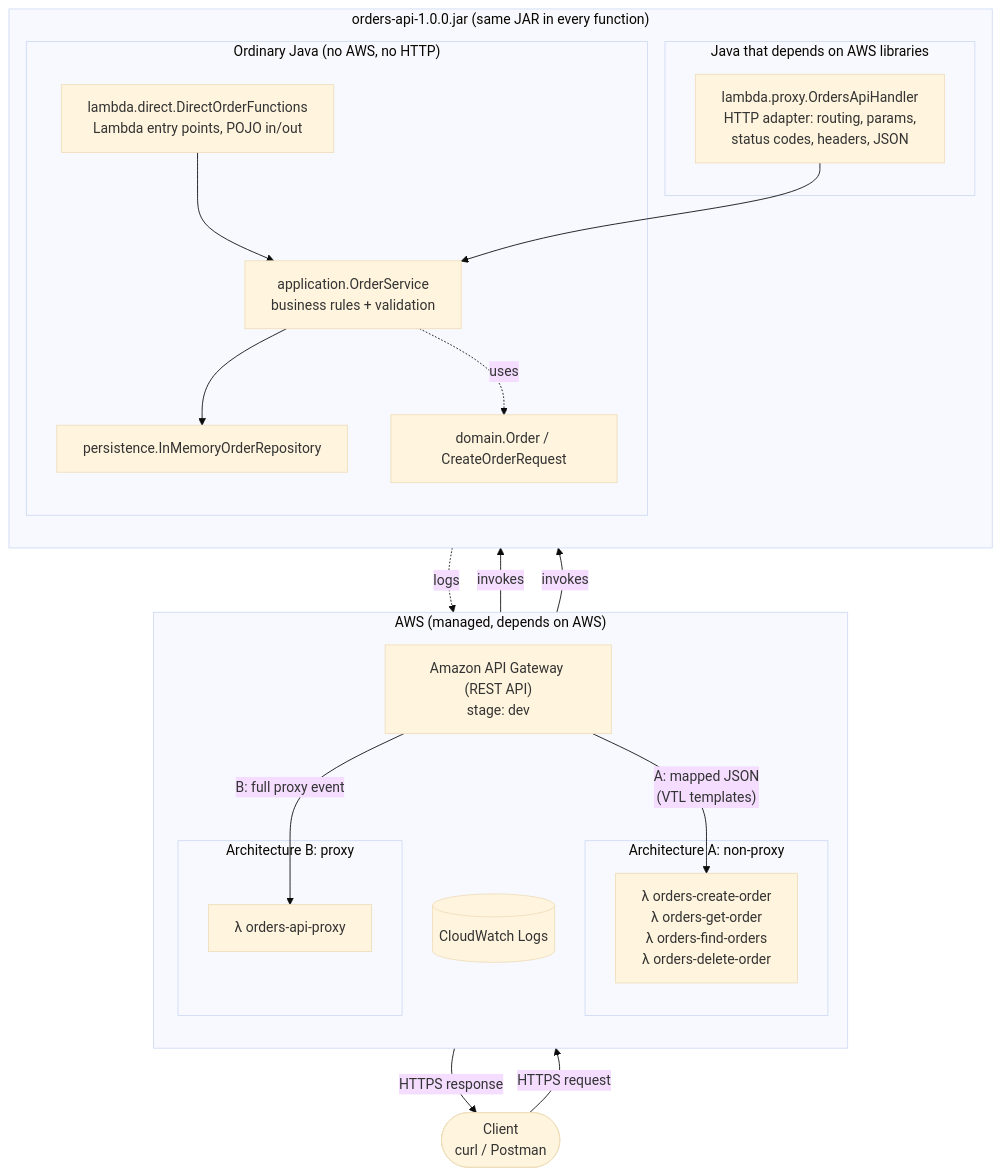
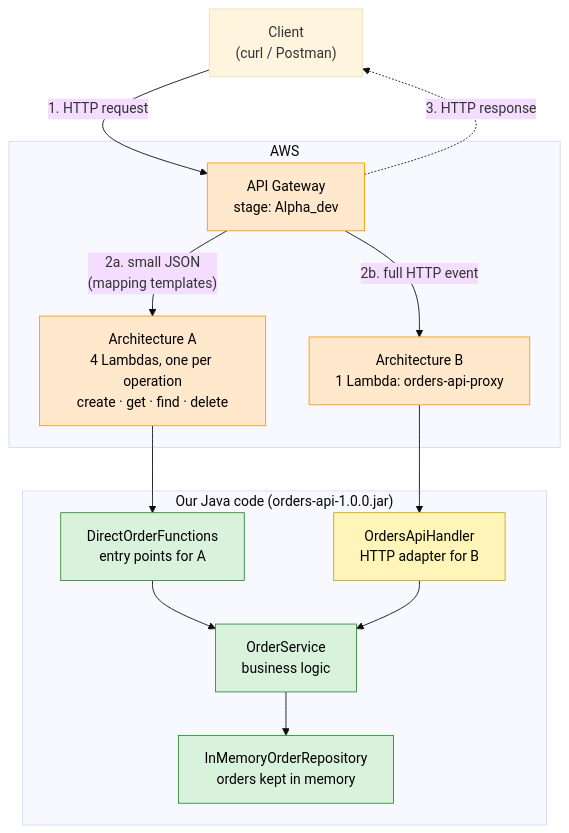
The fourth of 4 diagrams in README.md (Valentina-33/orders-api), drawn with Mermaid (base theme) before and after one commit. The commit also changed other lines of this file and 6 other files, not shown here.

Commit message:
Make the diagram simpler and rename the stage to Alpha_dev

````diff
--- a/README.md
+++ b/README.md
@@ -537,41 +537,34 @@
 ```mermaid
 flowchart TB
-    Client(["Client<br/>curl / Postman"])
+    Client["Client<br/>(curl / Postman)"]
 
-    subgraph AWS["AWS (managed, depends on AWS)"]
-        direction TB
-        GW["Amazon API Gateway (REST API)<br/>stage: dev"]
-        subgraph A["Architecture A: non-proxy"]
-            LA["λ orders-create-order<br/>λ orders-get-order<br/>λ orders-find-orders<br/>λ orders-delete-order"]
-        end
-        subgraph B["Architecture B: proxy"]
-            LB["λ orders-api-proxy"]
-        end
-        CW[("CloudWatch Logs")]
+    subgraph AWS["AWS"]
+        GW["API Gateway<br/>stage: Alpha_dev"]
+        LA["Architecture A<br/>4 Lambdas, one per operation<br/>create · get · find · delete"]
+        LB["Architecture B<br/>1 Lambda: orders-api-proxy"]
     end
 
-    subgraph JAR["orders-api-1.0.0.jar (same JAR in every function)"]
-        direction TB
-        subgraph AWSJAVA["Java that depends on AWS libraries"]
-            H["lambda.proxy.OrdersApiHandler<br/>HTTP adapter: routing, params,<br/>status codes, headers, JSON"]
-        end
-        subgraph PLAIN["Ordinary Java (no AWS, no HTTP)"]
-            D["lambda.direct.DirectOrderFunctions<br/>Lambda entry points, POJO in/out"]
-            S["application.OrderService<br/>business rules + validation"]
-            R["persistence.InMemoryOrderRepository"]
-            M["domain.Order / CreateOrderRequest"]
-        end
+    subgraph JAVA["Our Java code (orders-api-1.0.0.jar)"]
+        D["DirectOrderFunctions<br/>entry points for A"]
+        H["OrdersApiHandler<br/>HTTP adapter for B"]
+        S["OrderService<br/>business logic"]
+        R["InMemoryOrderRepository<br/>orders kept in memory"]
     end
 
-    Client -->|"HTTPS request"| GW
-    GW -->|"A: mapped JSON<br/>(VTL templates)"| LA
-    GW -->|"B: full proxy event"| LB
-    LA -->|invokes| D
-    LB -->|invokes| H
+    Client -->|"1. HTTP request"| GW
+    GW -->|"2a. small JSON<br/>(mapping templates)"| LA
+    GW -->|"2b. full HTTP event"| LB
+    LA --> D
+    LB --> H
     D --> S
     H --> S
     S --> R
-    S -.uses.-> M
-    H -.logs.-> CW
-    GW -->|"HTTPS response"| Client
+    GW -.->|"3. HTTP response"| Client
+
+    classDef aws fill:#FFE8CC,stroke:#FF9900,color:#000
+    classDef awsJava fill:#FFF5B8,stroke:#C9A800,color:#000
+    classDef plain fill:#D9F2DC,stroke:#2E8B3A,color:#000
+    class GW,LA,LB aws
+    class H awsJava
+    class D,S,R plain
 ```
````
